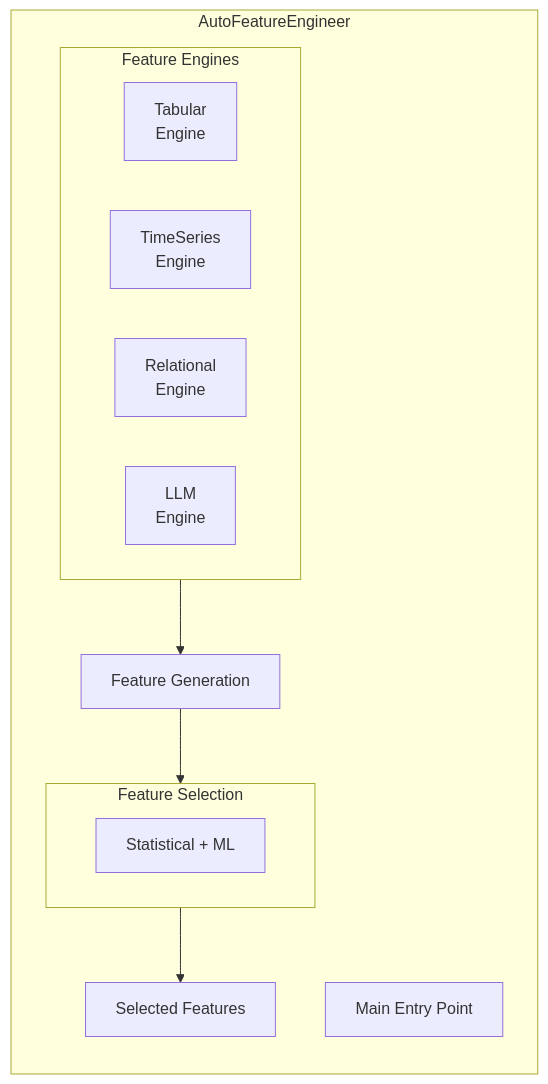
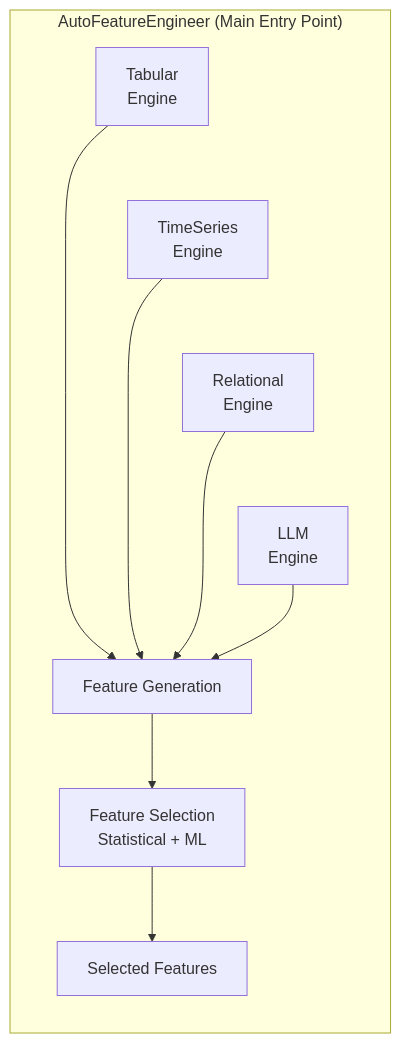
Before and after one commit to thinkall/featcopilot: the diagram in docs/user-guide/overview.md, drawn with Mermaid.

Commit message:
docs: fix Mermaid diagram to show engines in same row

````diff
--- a/docs/user-guide/overview.md
+++ b/docs/user-guide/overview.md
@@ -7,27 +7,18 @@
 ```mermaid
 flowchart TB
-    subgraph AE[AutoFeatureEngineer]
+    subgraph AE["AutoFeatureEngineer (Main Entry Point)"]
         direction TB
-        AE_LABEL[Main Entry Point]
 
-        subgraph Engines[Feature Engines]
-            direction LR
-            TE[Tabular<br/>Engine]
-            TSE[TimeSeries<br/>Engine]
-            RE[Relational<br/>Engine]
-            LE[LLM<br/>Engine]
-        end
+        TE[Tabular<br/>Engine] ~~~ TSE[TimeSeries<br/>Engine] ~~~ RE[Relational<br/>Engine] ~~~ LE[LLM<br/>Engine]
 
         FG[Feature Generation]
 
-        subgraph FS[Feature Selection]
-            FS_LABEL[Statistical + ML]
-        end
+        FS[Feature Selection<br/>Statistical + ML]
 
         SF[Selected Features]
 
-        Engines --> FG
+        TE & TSE & RE & LE --> FG
         FG --> FS
         FS --> SF
     end
 ```
````
